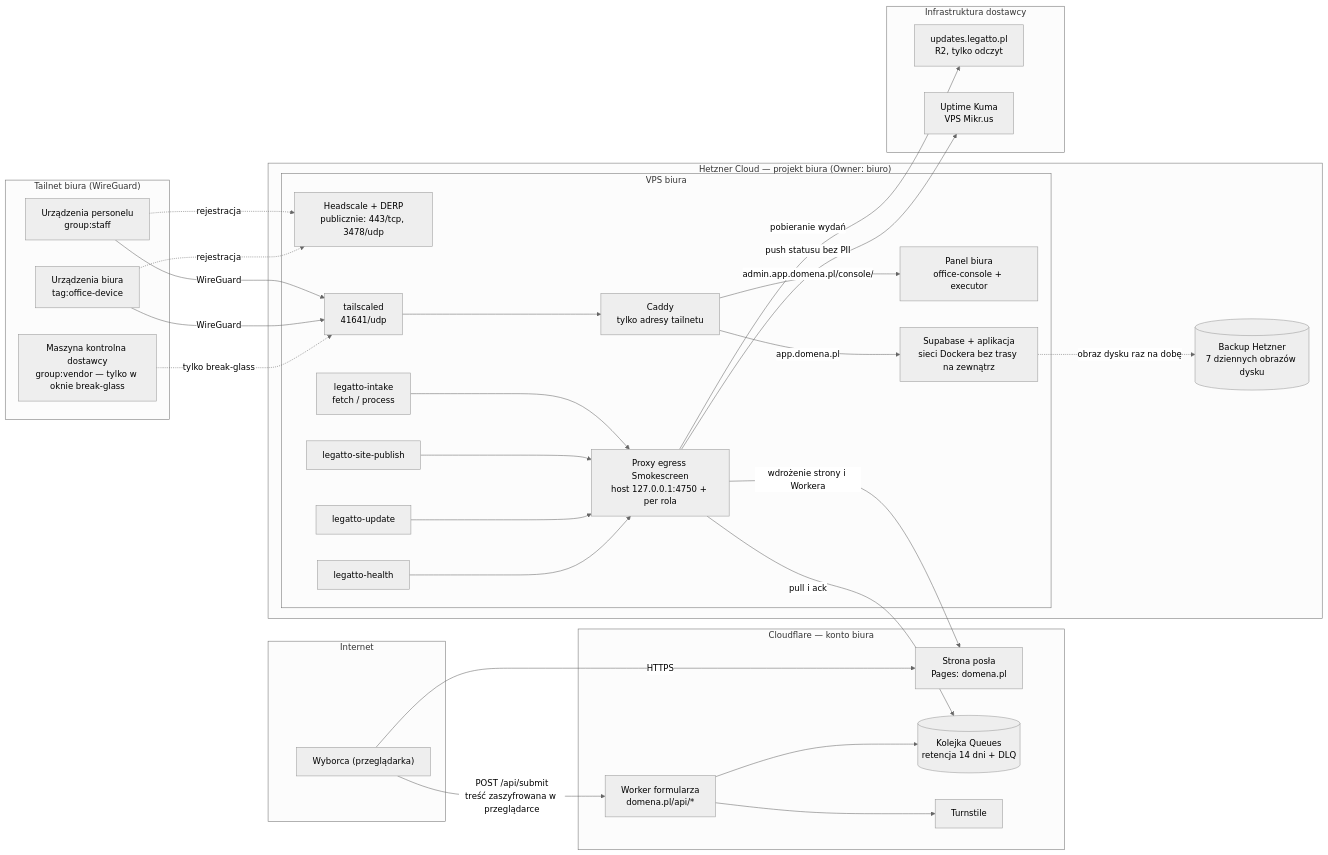
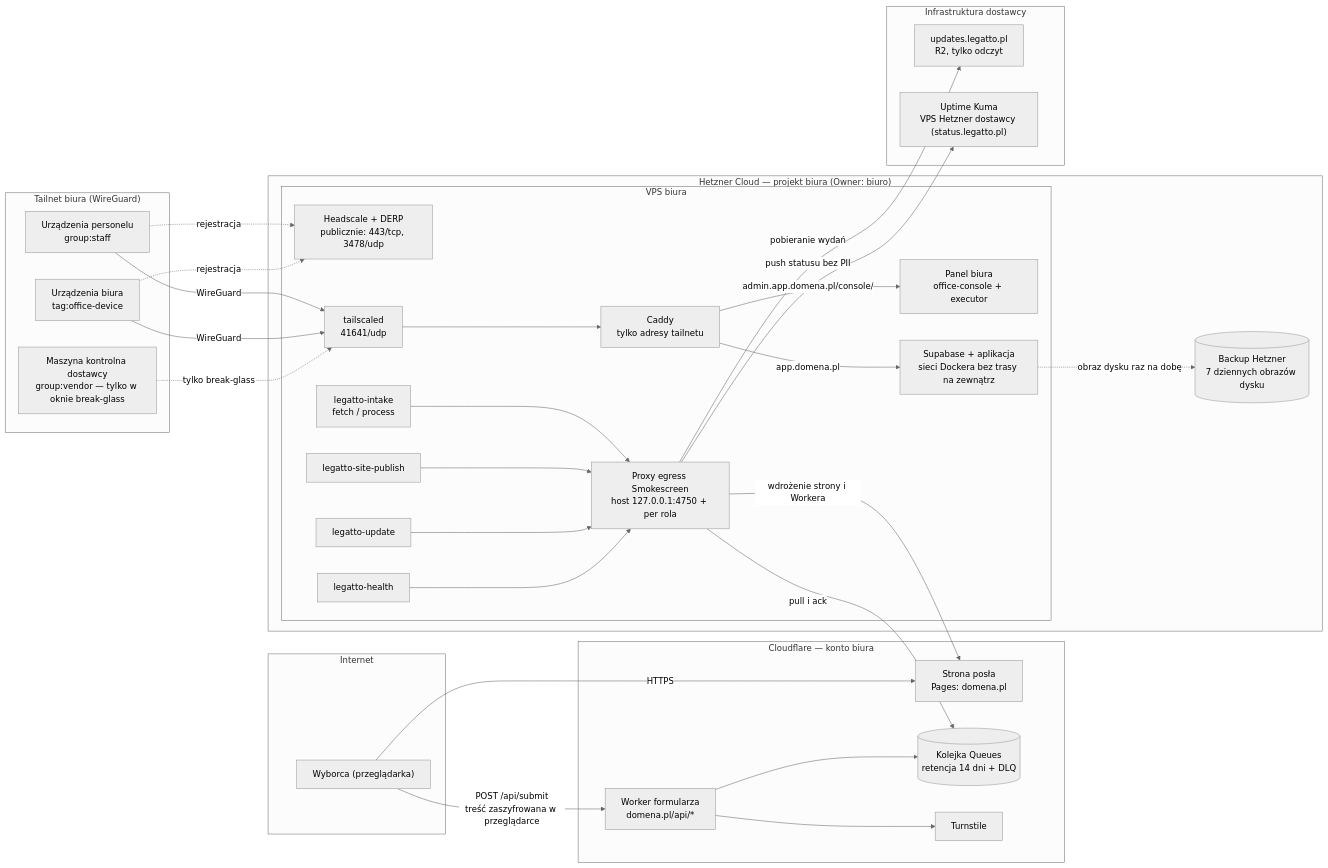
The first of 9 diagrams in docs/ARCHITECTURE.md (JakubLog/legatto-node), drawn with Mermaid (neutral theme) before and after one commit. The commit also changed other lines of this file and 82 other files, not shown here.

````diff
--- a/docs/ARCHITECTURE.md
+++ b/docs/ARCHITECTURE.md
@@ -32,64 +31,64 @@
 ```mermaid
 flowchart LR
   subgraph internet["Internet"]
     voter["Wyborca (przeglądarka)"]
   end
 
   subgraph cfoffice["Cloudflare — konto biura"]
     pages["Strona posła<br/>Pages: domena.pl"]
     worker["Worker formularza<br/>domena.pl/api/*"]
     queue[("Kolejka Queues<br/>retencja 14 dni + DLQ")]
     turnstile["Turnstile"]
   end
 
   subgraph hetzner["Hetzner Cloud — projekt biura (Owner: biuro)"]
     subgraph vps["VPS biura"]
       headscale["Headscale + DERP<br/>publicznie: 443/tcp, 3478/udp"]
       tailscaled["tailscaled<br/>41641/udp"]
       caddy["Caddy<br/>tylko adresy tailnetu"]
       console["Panel biura<br/>office-console + executor"]
       stack["Supabase + aplikacja<br/>sieci Dockera bez trasy na zewnątrz"]
       intake["legatto-intake<br/>fetch / process"]
       publisher["legatto-site-publish"]
       updater["legatto-update"]
       health["legatto-health"]
       proxy["Proxy egress Smokescreen<br/>host 127.0.0.1:4750 + per rola"]
     end
     hbackup[("Backup Hetzner<br/>7 dziennych obrazów dysku")]
   end
 
   subgraph tailnet["Tailnet biura (WireGuard)"]
     staff["Urządzenia personelu<br/>group:staff"]
     officedev["Urządzenia biura<br/>tag:office-device"]
     vendor["Maszyna kontrolna dostawcy<br/>group:vendor — tylko w oknie break-glass"]
   end
 
   subgraph vendorinfra["Infrastruktura dostawcy"]
     updates["updates.legatto.pl<br/>R2, tylko odczyt"]
-    kuma["Uptime Kuma<br/>VPS Mikr.us"]
+    kuma["Uptime Kuma<br/>VPS Hetzner dostawcy (status.legatto.pl)"]
   end
 
   voter -->|"HTTPS"| pages
   voter -->|"POST /api/submit<br/>treść zaszyfrowana w przeglądarce"| worker
   worker --> turnstile
   worker --> queue
 
   staff -->|"WireGuard"| tailscaled
   officedev -->|"WireGuard"| tailscaled
   vendor -.->|"tylko break-glass"| tailscaled
   staff -.->|"rejestracja"| headscale
   officedev -.->|"rejestracja"| headscale
   tailscaled --> caddy
   caddy -->|"app.domena.pl"| stack
   caddy -->|"admin.app.domena.pl/console/"| console
 
   intake --> proxy
   publisher --> proxy
   updater --> proxy
   health --> proxy
   proxy -->|"pull i ack"| queue
   proxy -->|"wdrożenie strony i Workera"| pages
   proxy -->|"pobieranie wydań"| updates
   proxy -->|"push statusu bez PII"| kuma
   stack -.->|"obraz dysku raz na dobę"| hbackup
 ```
````
